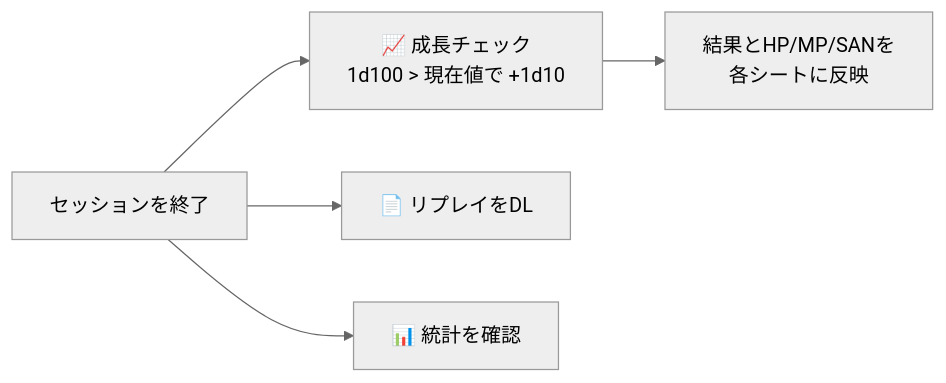
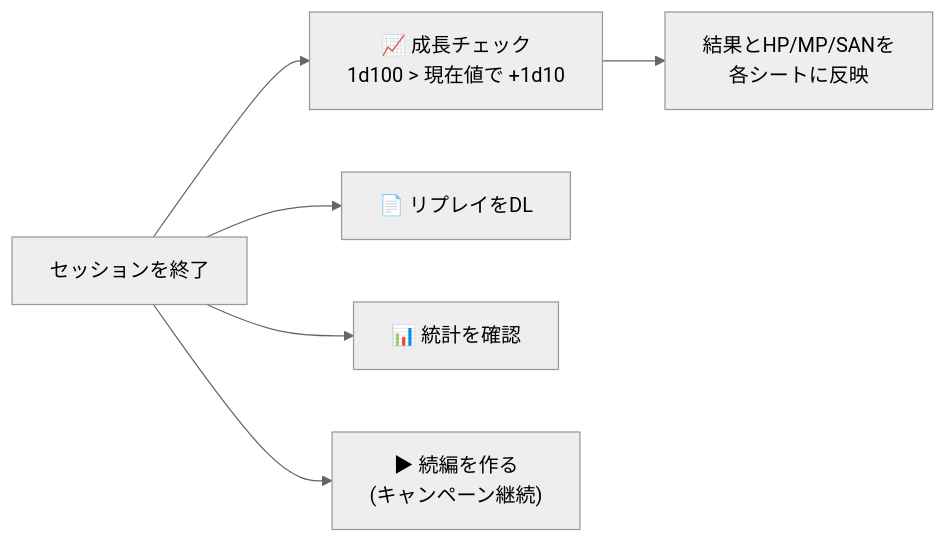
The sixth of 8 diagrams in USAGE.md (Tetsuya4869/TRPG-Central-site), drawn with Mermaid (neutral theme) before and after one commit. The commit also changed other lines of this file and 6 other files, not shown here.

````diff
--- a/USAGE.md
+++ b/USAGE.md
@@ -199,7 +211,8 @@
 ```mermaid
 flowchart LR
     End["セッションを終了"] --> Growth["📈 成長チェック<br/>1d100 > 現在値で +1d10"]
     Growth --> Apply["結果とHP/MP/SANを<br/>各シートに反映"]
     End --> Replay["📄 リプレイをDL"]
     End --> Stats["📊 統計を確認"]
+    End --> Sequel["▶ 続編を作る<br/>(キャンペーン継続)"]
 ```
````
